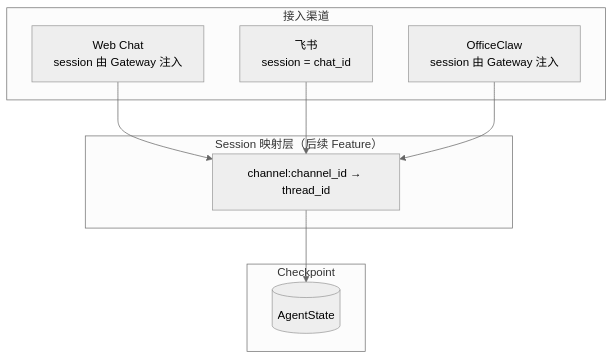
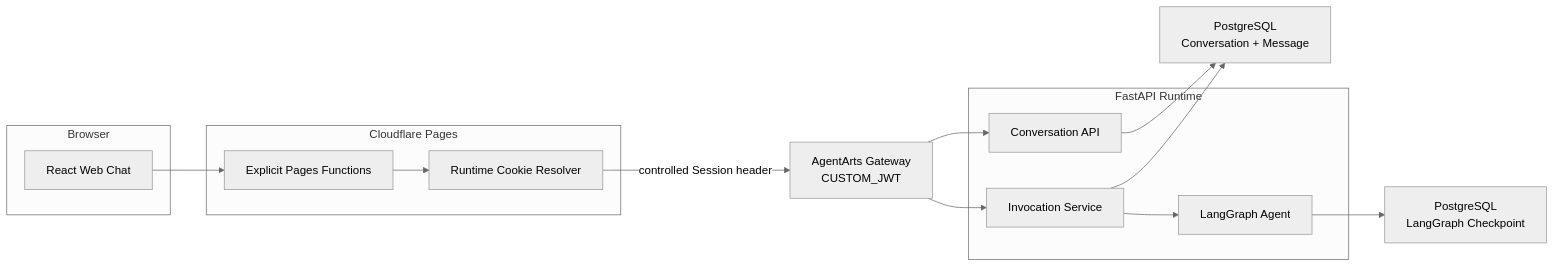
The first of 3 diagrams in personal-assistant-meta/architecture/session-state-management.md (T-1009/personal-assistant), drawn with Mermaid (neutral theme) before and after one commit. The commit also changed other lines of this file and 105 other files, not shown here.

First line of the commit message:
feat: implement multi-session runtime pre-warm with session cookies, conversation API, and sidebar UI

````diff
--- a/personal-assistant-meta/architecture/session-state-management.md
+++ b/personal-assistant-meta/architecture/session-state-management.md
@@ -308,21 +33,32 @@
 ```mermaid
-flowchart TB
-    subgraph Channels["接入渠道"]
-        WC["Web Chat<br/>session 由 Gateway 注入"]
-        FS["飞书<br/>session = chat_id"]
-        OC["OfficeClaw<br/>session 由 Gateway 注入"]
+flowchart LR
+    subgraph Browser["Browser"]
+        UI["React Web Chat"]
     end
 
-    subgraph Mapping["Session 映射层（后续 Feature）"]
-        Map["channel:channel_id → thread_id"]
+    subgraph Edge["Cloudflare Pages"]
+        Routes["Explicit Pages Functions"]
+        Resolver["Runtime Cookie Resolver"]
     end
 
-    subgraph State["Checkpoint"]
-        CP[("AgentState")]
+    Gateway["AgentArts Gateway<br/>CUSTOM_JWT"]
+
+    subgraph Service["FastAPI Runtime"]
+        ConversationAPI["Conversation API"]
+        Invocation["Invocation Service"]
+        Agent["LangGraph Agent"]
     end
 
-    WC --> Map
-    FS --> Map
-    OC --> Map
-    Map --> CP
+    DB["PostgreSQL<br/>Conversation + Message"]
+    Checkpoint["PostgreSQL<br/>LangGraph Checkpoint"]
+
+    UI --> Routes
+    Routes --> Resolver
+    Resolver -->|"controlled Session header"| Gateway
+    Gateway --> ConversationAPI
+    Gateway --> Invocation
+    ConversationAPI --> DB
+    Invocation --> DB
+    Invocation --> Agent
+    Agent --> Checkpoint
 ```
````
